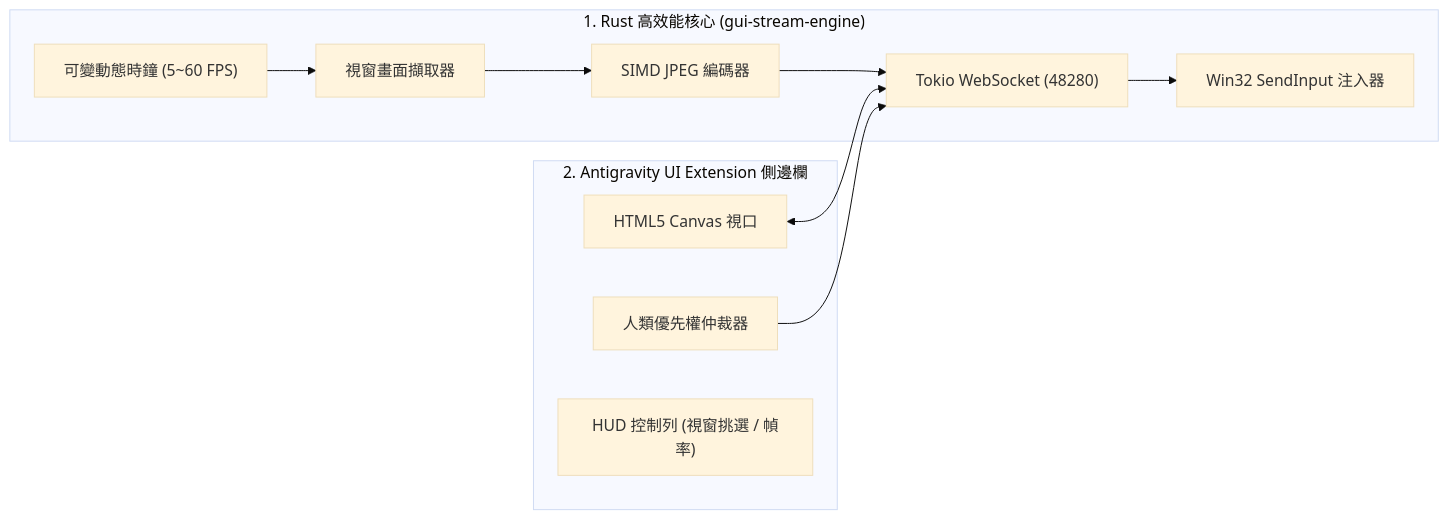
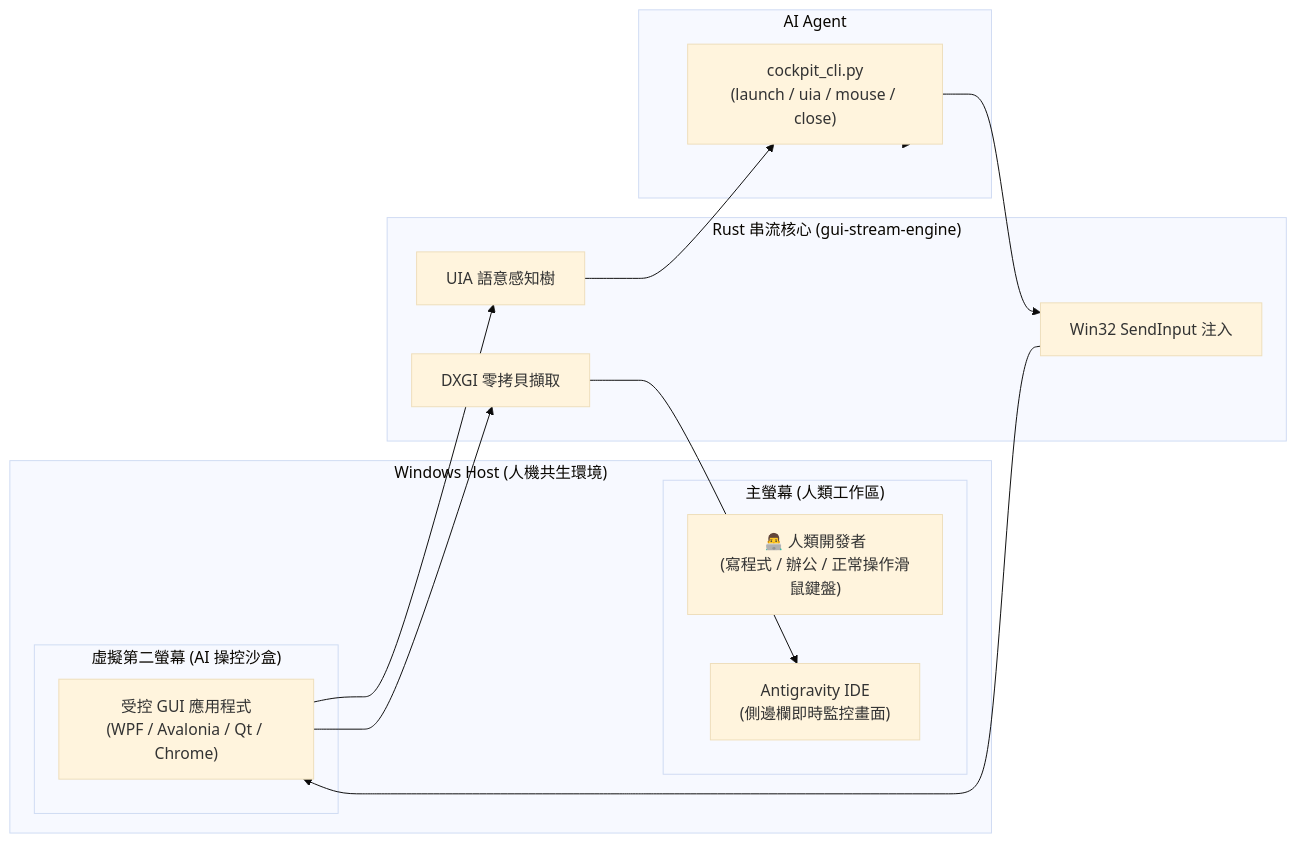
The diagram in README.md (arco651749/antigravity-desktop-cockpit), drawn with Mermaid (base theme) before and after one commit. The commit also changed other lines of this file and 1 other file, not shown here.

Commit message:
docs: enrich README with architecture diagram, badges, and comparison matrix

````diff
--- a/README.md
+++ b/README.md
@@ -36,21 +56,28 @@
 ```mermaid
 graph LR
-    subgraph Core["1. Rust 高效能核心 (gui-stream-engine)"]
-        Cap["視窗畫面擷取器"]
-        Enc["SIMD JPEG 編碼器"]
-        Clock["可變動態時鐘 (5~60 FPS)"]
-        WS["Tokio WebSocket (48280)"]
-        Inj["Win32 SendInput 注入器"]
-        Cap --> Enc --> WS
-        Clock --> Cap
-        WS --> Inj
+    subgraph Host["Windows Host (人機共生環境)"]
+        subgraph Primary["主螢幕 (人類工作區)"]
+            User["👨‍💻 人類開發者<br/>(寫程式 / 辦公 / 正常操作滑鼠鍵盤)"]
+            IDE["Antigravity IDE<br/>(側邊欄即時監控畫面)"]
+        end
+
+        subgraph Virtual["虛擬第二螢幕 (AI 操控沙盒)"]
+            TargetApp["受控 GUI 應用程式<br/>(WPF / Avalonia / Qt / Chrome)"]
+        end
     end
 
-    subgraph Panel["2. Antigravity UI Extension 側邊欄"]
-        Canvas["HTML5 Canvas 視口"]
-        Arbiter["人類優先權仲裁器"]
-        HUD["HUD 控制列 (視窗挑選 / 幀率)"]
-        Canvas <--> WS
-        Arbiter --> WS
+    subgraph Core["Rust 串流核心 (gui-stream-engine)"]
+        DXGI["DXGI 零拷貝擷取"]
+        UIA["UIA 語意感知樹"]
+        Inject["Win32 SendInput 注入"]
     end
+
+    subgraph Agent["AI Agent"]
+        CLI["cockpit_cli.py<br/>(launch / uia / mouse / close)"]
+    end
+
+    TargetApp --> DXGI --> IDE
+    TargetApp --> UIA --> CLI
+    CLI --> Inject --> TargetApp
+    Agent --> CLI
 ```
````
